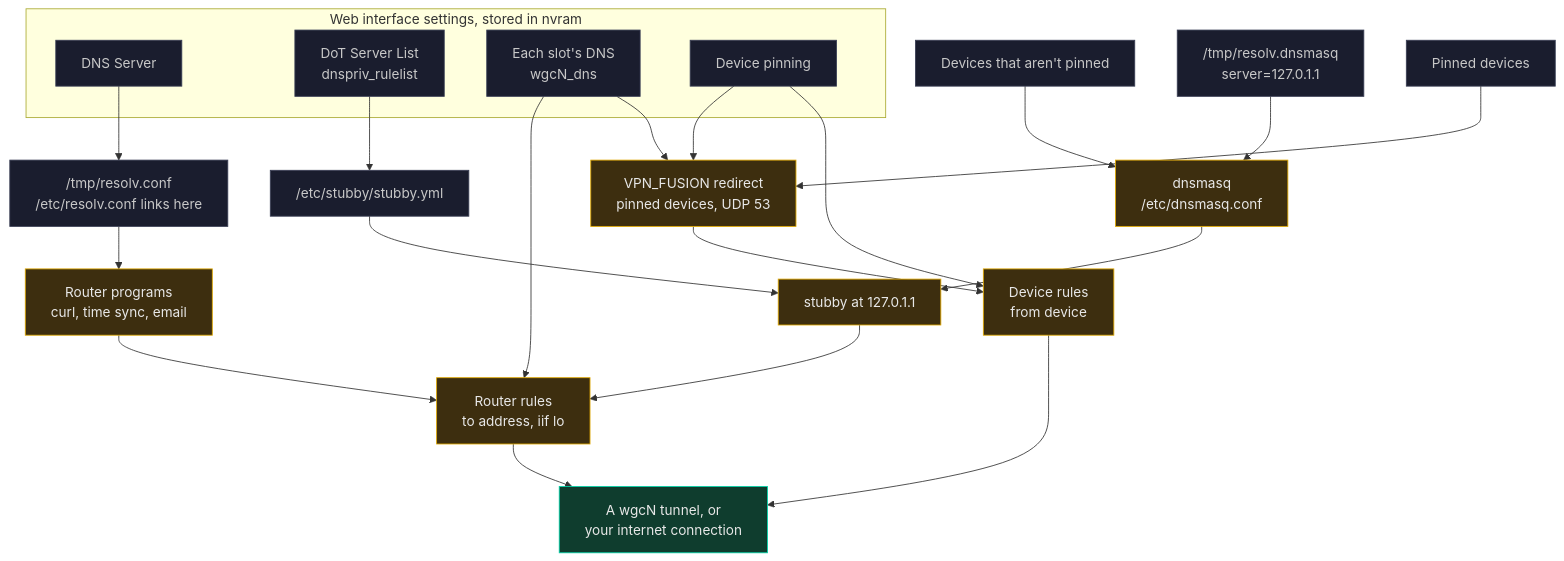
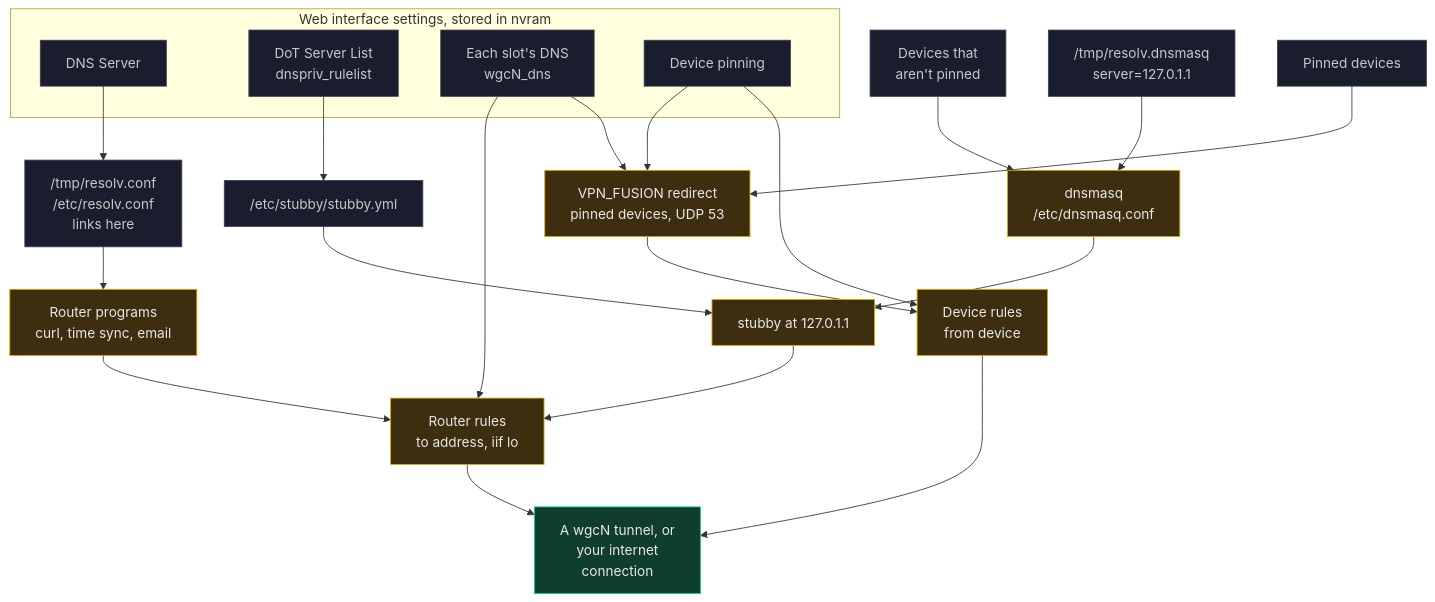
One commit to ExponentiallyDigital/cfg-pia-wg changed the fifth of 5 diagrams in ROUTER-DNS.md. Above: the diagram before and after it, drawn with Mermaid. The commit also changed other lines of this file and 18 other files, not shown here.

````diff
--- a/ROUTER-DNS.md
+++ b/ROUTER-DNS.md
@@ -237,34 +237,34 @@
 ```mermaid
 flowchart TB
   subgraph settings ["Web interface settings, stored in nvram"]
     N1["DNS Server"]
     N2["DoT Server List<br/>dnspriv_rulelist"]
     N3["Each slot's DNS<br/>wgcN_dns"]
     N4["Device pinning"]
   end
-  N1 --> F1["/tmp/resolv.conf<br/>/etc/resolv.conf links here"]
+  N1 --> F1["/tmp/resolv.conf<br/>/etc/resolv.conf<br/>links here"]
   F1 --> RP["Router programs<br/>curl, time sync, email"]
-  D["Devices that aren't pinned"] --> DM["dnsmasq<br/>/etc/dnsmasq.conf"]
+  D["Devices that<br/>aren't pinned"] --> DM["dnsmasq<br/>/etc/dnsmasq.conf"]
   F2["/tmp/resolv.dnsmasq<br/>server=127.0.1.1"] --> DM
   DM --> SB["stubby at 127.0.1.1"]
   N2 --> F3["/etc/stubby/stubby.yml"]
   F3 --> SB
   N3 --> RU["Router rules<br/>to address, iif lo"]
   RP --> RU
   SB --> RU
-  RU --> OUT["A wgcN tunnel, or<br/>your internet connection"]
+  RU --> OUT["A wgcN tunnel, or<br/>your internet<br/>connection"]
   N3 --> VF["VPN_FUSION redirect<br/>pinned devices, UDP 53"]
   N4 --> VF
   N4 --> DR["Device rules<br/>from device"]
   PD["Pinned devices"] --> VF
   VF --> DR
   DR --> OUT
 
   classDef go fill:#0F3D2E,stroke:#00D4AA,color:#E8E8E8
   classDef bad fill:#3D1A1A,stroke:#E05252,color:#E8E8E8
   classDef work fill:#3D2E0F,stroke:#E0A800,color:#E8E8E8
   classDef step fill:#1A1D2E,stroke:#3A3F55,color:#C8C8C8
   class N1,N2,N3,N4,F1,F2,F3,D,PD step
   class RP,DM,SB,RU,VF,DR work
   class OUT go
 ```
````
